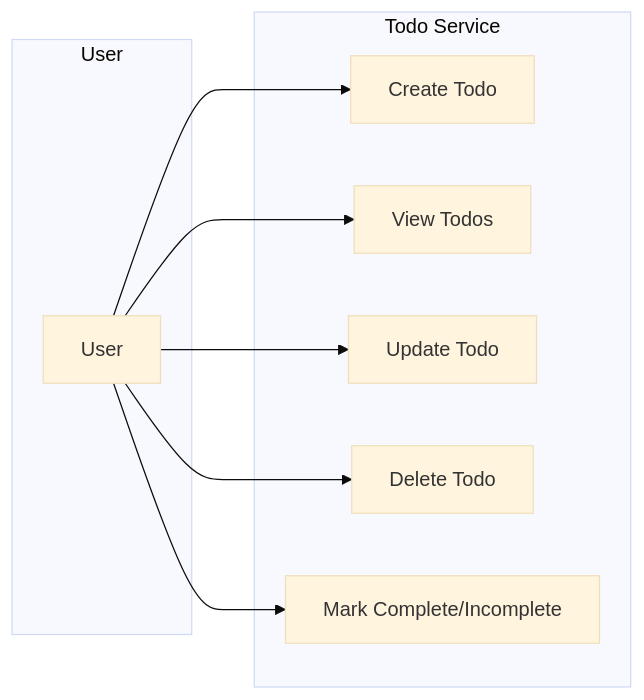
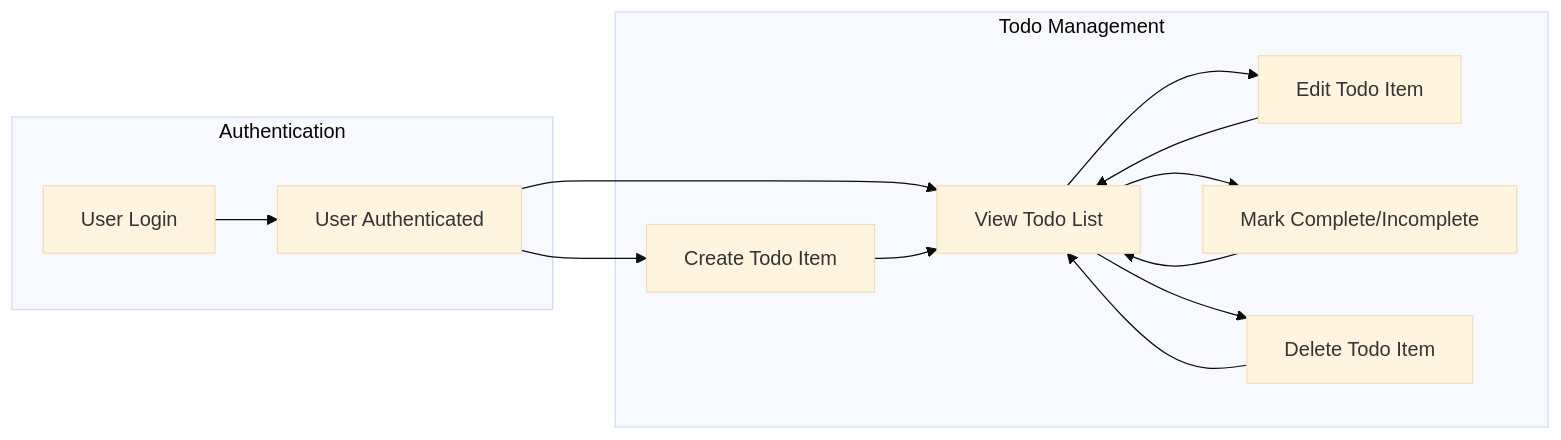
One commit to wrtnlabs/autobe-examples changed the diagram in openai/gpt-4.1/todo/docs/analysis/00-toc.md. Above: the diagram before and after it, drawn with Mermaid (base theme). The commit also changed other lines of this file and 1725 other files, not shown here.

````diff
--- a/openai/gpt-4.1/todo/docs/analysis/00-toc.md
+++ b/openai/gpt-4.1/todo/docs/analysis/00-toc.md
@@ -70,18 +77,17 @@
 ```mermaid
 graph LR
-  subgraph "User"
-    U1["User"]
+  subgraph "Authentication"
+    A["User Login"] --> B["User Authenticated"]
   end
-  subgraph "Todo Service"
-    T1["Create Todo"]
-    T2["View Todos"]
-    T3["Update Todo"]
-    T4["Delete Todo"]
-    T5["Mark Complete/Incomplete"]
+  subgraph "Todo Management"
+    B --> C["Create Todo Item"]
+    B --> D["View Todo List"]
+    D --> E["Edit Todo Item"]
+    D --> F["Mark Complete/Incomplete"]
+    D --> G["Delete Todo Item"]
   end
-  U1 --> T1
-  U1 --> T2
-  U1 --> T3
-  U1 --> T4
-  U1 --> T5
+  C --> D
+  E --> D
+  F --> D
+  G --> D
 ```
````
